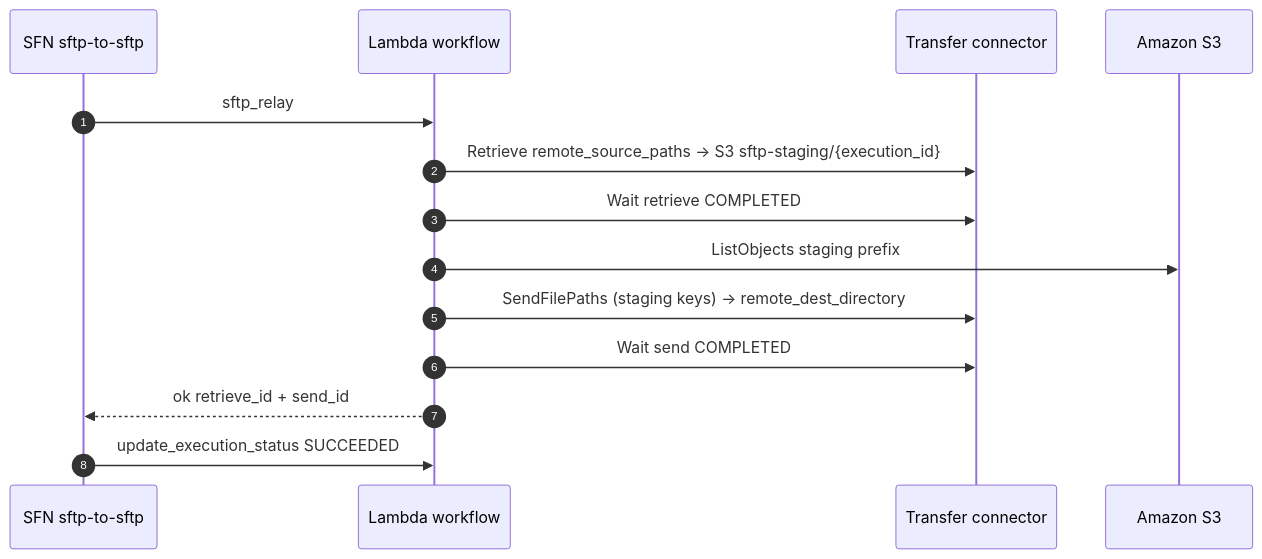
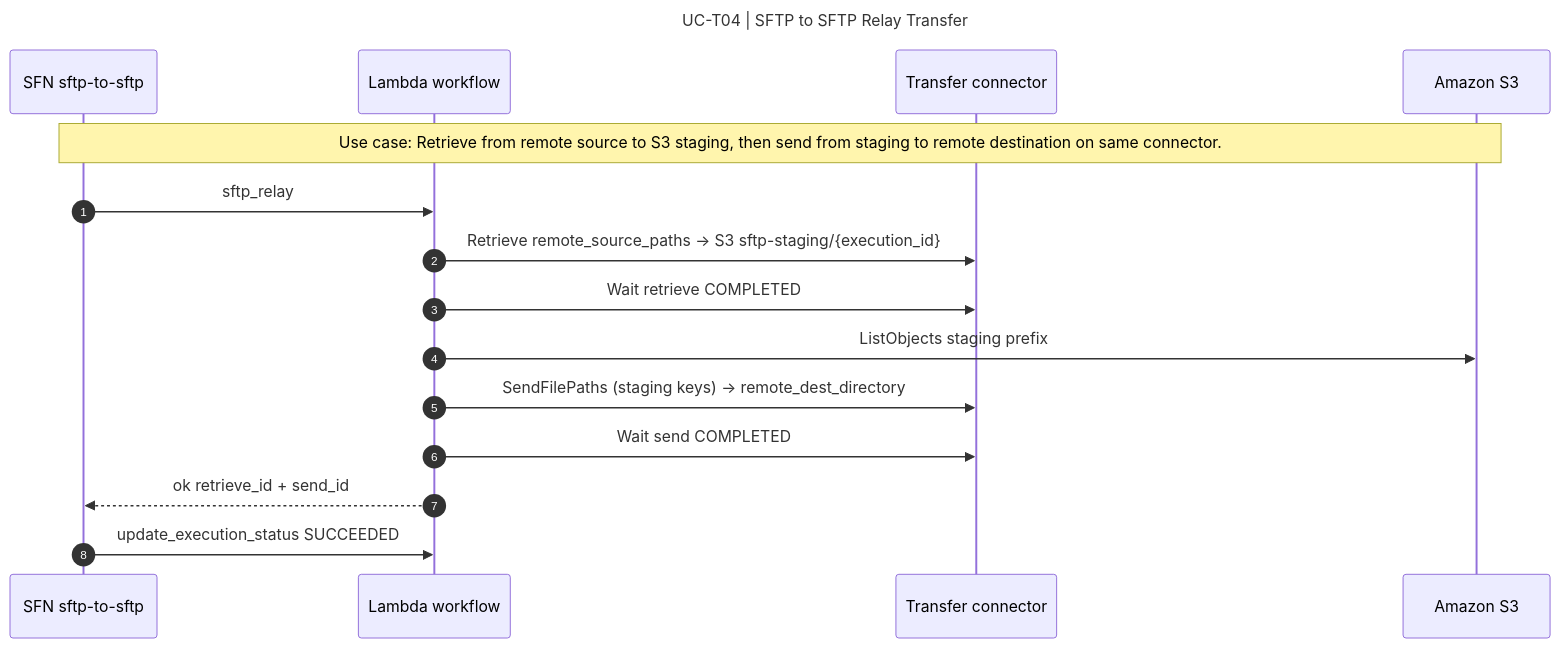
Before and after one commit to bayareala8s/BayRelayAI: diagram 11 of 31 in docs/SEQUENCE_DIAGRAMS.md, drawn with Mermaid. The commit also changed other lines of this file and 68 other files, not shown here.

First line of the commit message:
Add title and use-case labels to all sequence diagrams.

````diff
--- a/docs/SEQUENCE_DIAGRAMS.md
+++ b/docs/SEQUENCE_DIAGRAMS.md
@@ -302,17 +361,21 @@
 ```mermaid
+---
+title: UC-T04 | SFTP to SFTP Relay Transfer
+---
 sequenceDiagram
   autonumber
   participant Child as SFN sftp-to-sftp
   participant WF as Lambda workflow
   participant TF as Transfer connector
   participant S3 as Amazon S3
+  Note over Child,S3: Use case: Retrieve from remote source to S3 staging, then send from staging to remote destination on same connector.
 
   Child->>WF: sftp_relay
   WF->>TF: Retrieve remote_source_paths → S3 sftp-staging/{execution_id}
   WF->>TF: Wait retrieve COMPLETED
   WF->>S3: ListObjects staging prefix
   WF->>TF: SendFilePaths (staging keys) → remote_dest_directory
   WF->>TF: Wait send COMPLETED
   WF-->>Child: ok retrieve_id + send_id
   Child->>WF: update_execution_status SUCCEEDED
 ```
````
